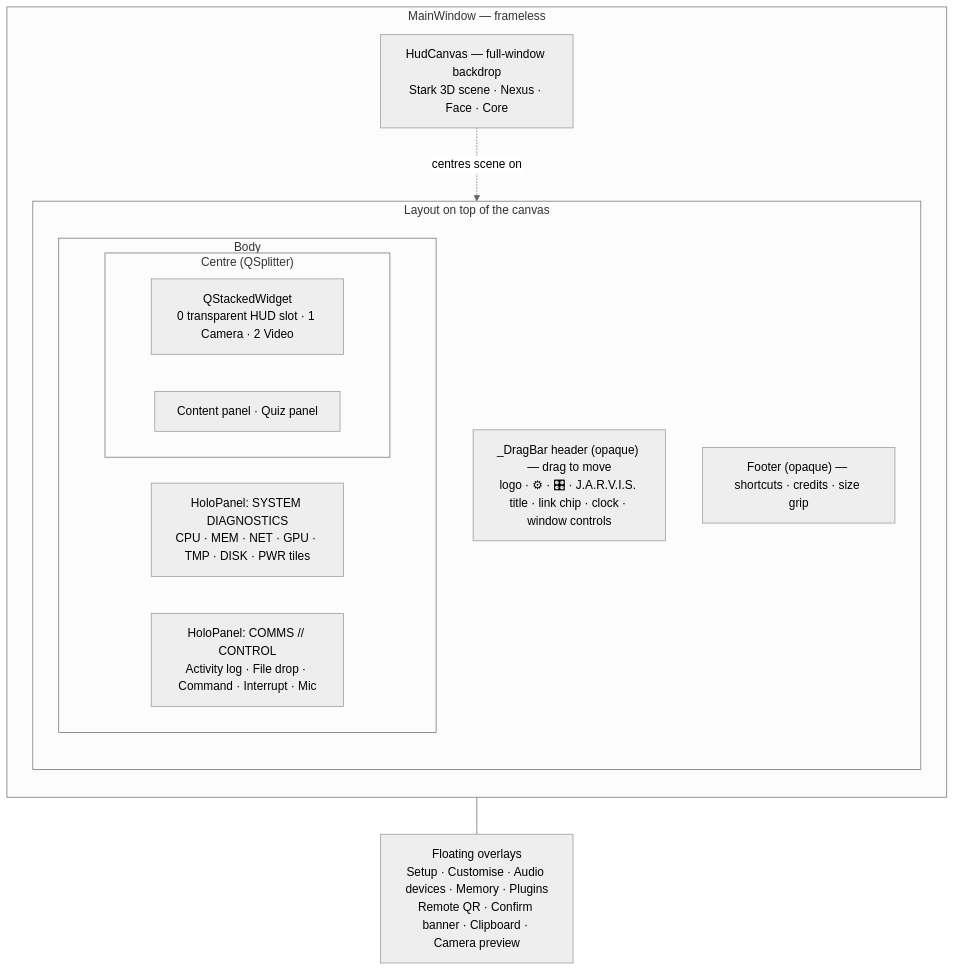
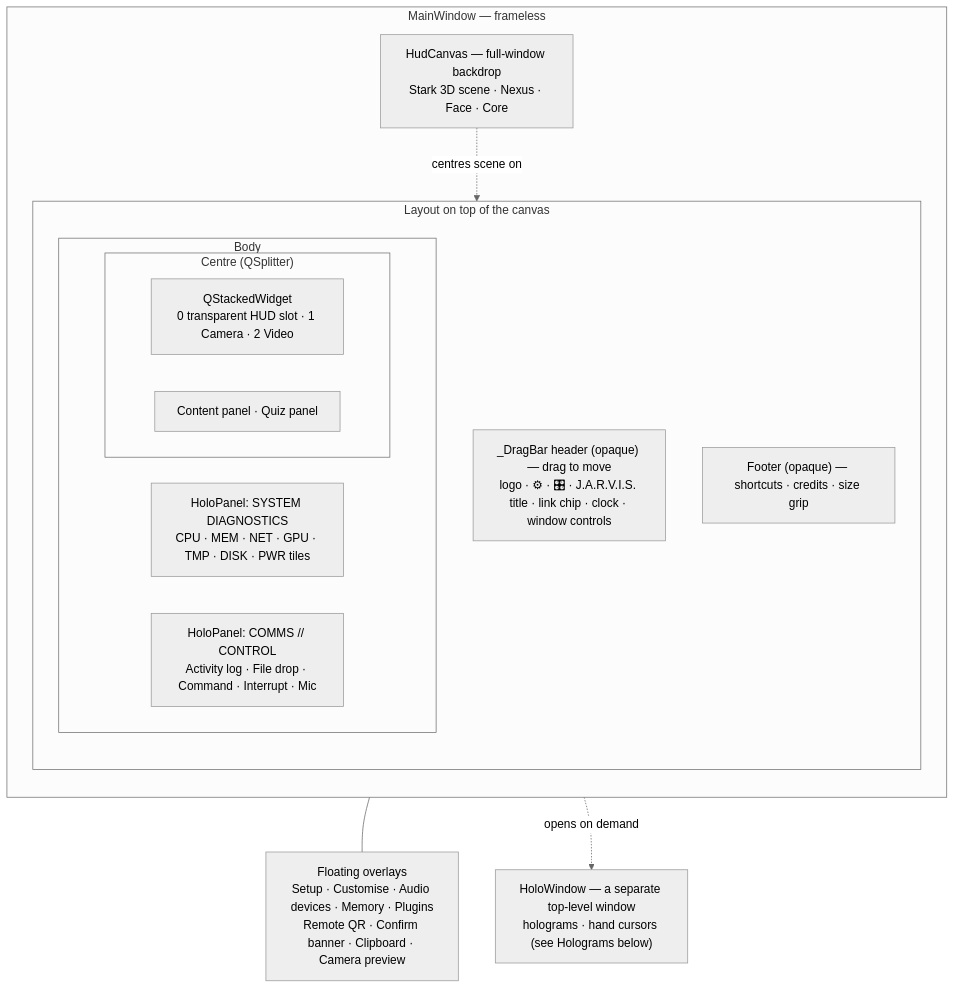
The sixth of 10 diagrams in ARCHITECTURE.md (vamshiG24/jarvis), drawn with Mermaid (neutral theme) before and after one commit. The commit also changed other lines of this file and 8 other files, not shown here.

First line of the commit message:
Holograms open in their own window instead of over the HUD

````diff
--- a/ARCHITECTURE.md
+++ b/ARCHITECTURE.md
@@ -284,24 +284,26 @@
 ```mermaid
 flowchart TB
     subgraph WIN["MainWindow — frameless"]
         direction TB
         CANVAS["HudCanvas — full-window backdrop<br/>Stark 3D scene · Nexus · Face · Core"]
         subgraph LAYOUT["Layout on top of the canvas"]
             direction TB
             HDR["_DragBar header (opaque) — drag to move<br/>logo · ⚙ · 🎛 · J.A.R.V.I.S. title · link chip · clock · window controls"]
             subgraph BODY["Body"]
                 direction LR
                 LEFT["HoloPanel: SYSTEM DIAGNOSTICS<br/>CPU · MEM · NET · GPU · TMP · DISK · PWR tiles"]
                 subgraph CENTER["Centre (QSplitter)"]
                     STACK["QStackedWidget<br/>0 transparent HUD slot · 1 Camera · 2 Video"]
                     CONTENT["Content panel · Quiz panel"]
                 end
                 RIGHT["HoloPanel: COMMS // CONTROL<br/>Activity log · File drop · Command · Interrupt · Mic"]
             end
             FTR["Footer (opaque) — shortcuts · credits · size grip"]
         end
     end
     OVER["Floating overlays<br/>Setup · Customise · Audio devices · Memory · Plugins<br/>Remote QR · Confirm banner · Clipboard · Camera preview"]
+    HOLOWIN["HoloWindow — a separate top-level window<br/>holograms · hand cursors (see Holograms below)"]
     CANVAS -.->|centres scene on| STACK
     WIN --- OVER
+    WIN -.->|opens on demand| HOLOWIN
 ```
````
